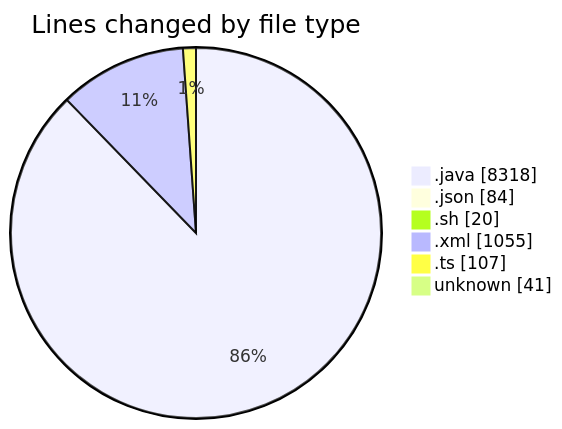
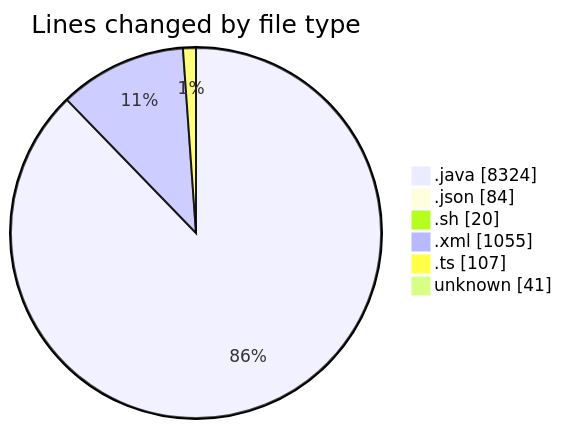
The first of 2 diagrams in 2025-02-23/micros/README.md (charlie-sans/code-tracking), drawn with Mermaid before and after one commit. The commit also changed other lines of this file and 1 other file, not shown here.

````diff
--- a/2025-02-23/micros/README.md
+++ b/2025-02-23/micros/README.md
@@ -57,10 +57,10 @@
 ```mermaid
 pie showData
 title Lines changed by file type
-".java" : 8318
+".java" : 8324
 ".json" : 84
 ".sh" : 20
 ".xml" : 1055
 ".ts" : 107
 "unknown" : 41
 ```
````
